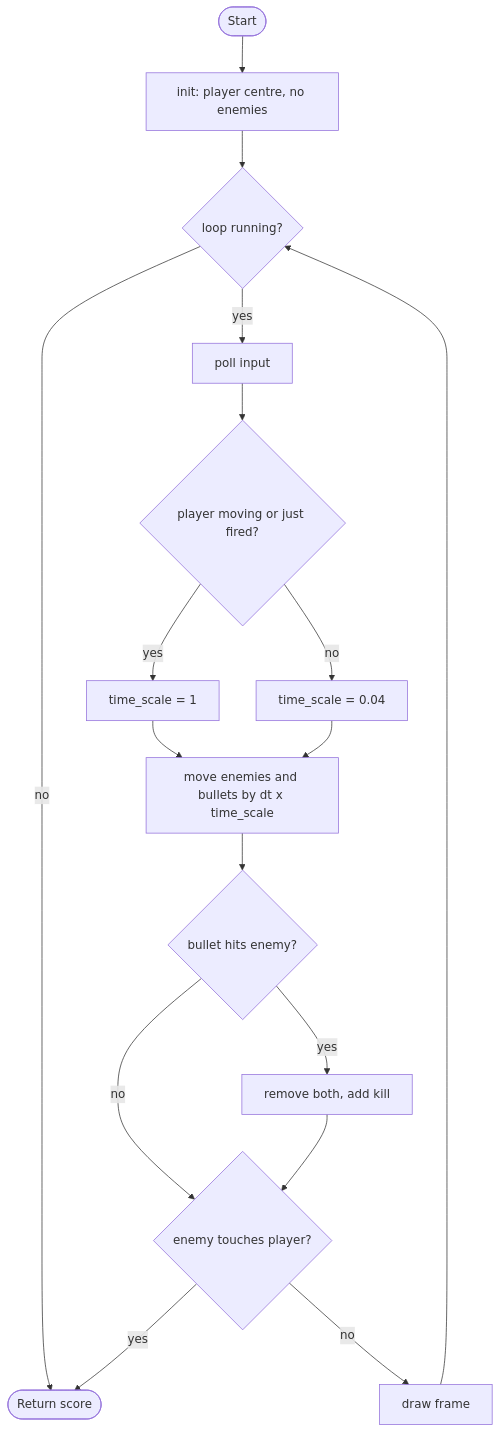
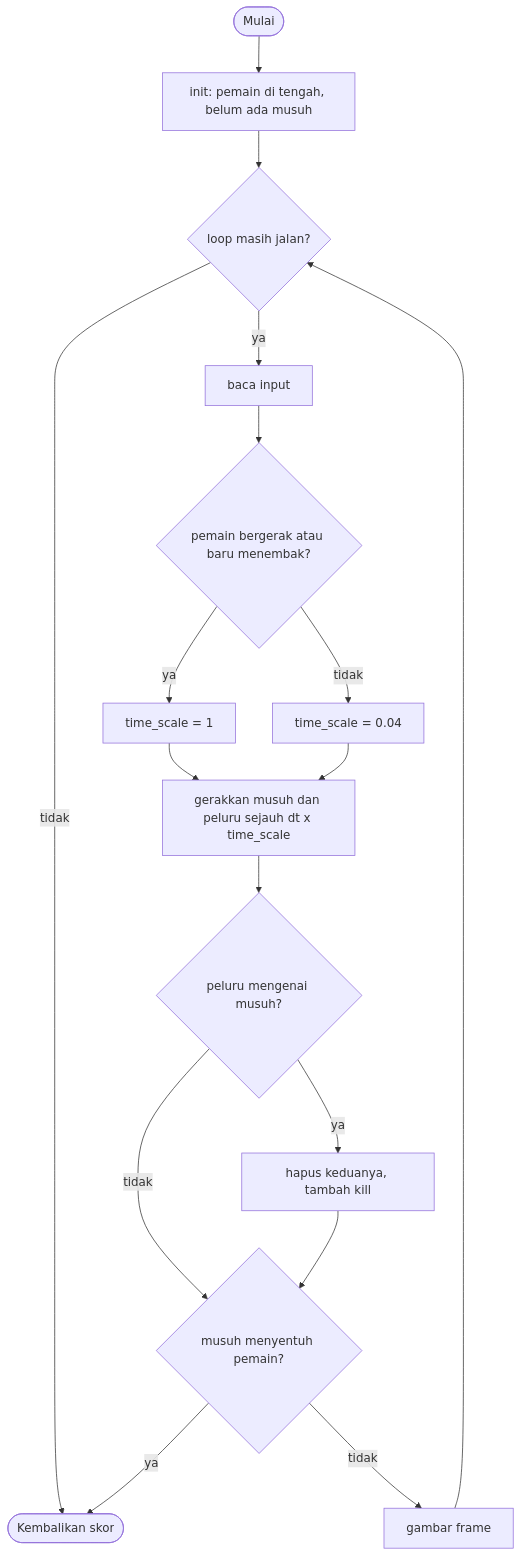
The diagram in games/time_shooter/GAME.md (zaxx-q/arCade), drawn with Mermaid before and after one commit. The commit also changed other lines of this file and 19 other files, not shown here.

````diff
--- a/games/time_shooter/GAME.md
+++ b/games/time_shooter/GAME.md
@@ -38,18 +181,18 @@
 ```mermaid
 flowchart TD
-    A([Start]) --> B[init: player centre, no enemies]
-    B --> C{loop running?}
-    C -- no --> Z([Return score])
-    C -- yes --> D[poll input]
-    D --> E{player moving or just fired?}
-    E -- yes --> F[time_scale = 1]
-    E -- no --> G[time_scale = 0.04]
-    F --> H[move enemies and bullets by dt x time_scale]
+    A([Mulai]) --> B["init: pemain di tengah, belum ada musuh"]
+    B --> C{"loop masih jalan?"}
+    C -- tidak --> Z([Kembalikan skor])
+    C -- ya --> D[baca input]
+    D --> E{"pemain bergerak atau baru menembak?"}
+    E -- ya --> F["time_scale = 1"]
+    E -- tidak --> G["time_scale = 0.04"]
+    F --> H["gerakkan musuh dan peluru sejauh dt x time_scale"]
     G --> H
-    H --> I{bullet hits enemy?}
-    I -- yes --> J[remove both, add kill]
-    I -- no --> K{enemy touches player?}
+    H --> I{"peluru mengenai musuh?"}
+    I -- ya --> J["hapus keduanya, tambah kill"]
+    I -- tidak --> K{"musuh menyentuh pemain?"}
     J --> K
-    K -- yes --> Z
-    K -- no --> L[draw frame] --> C
+    K -- ya --> Z
+    K -- tidak --> L[gambar frame] --> C
 ```
````
